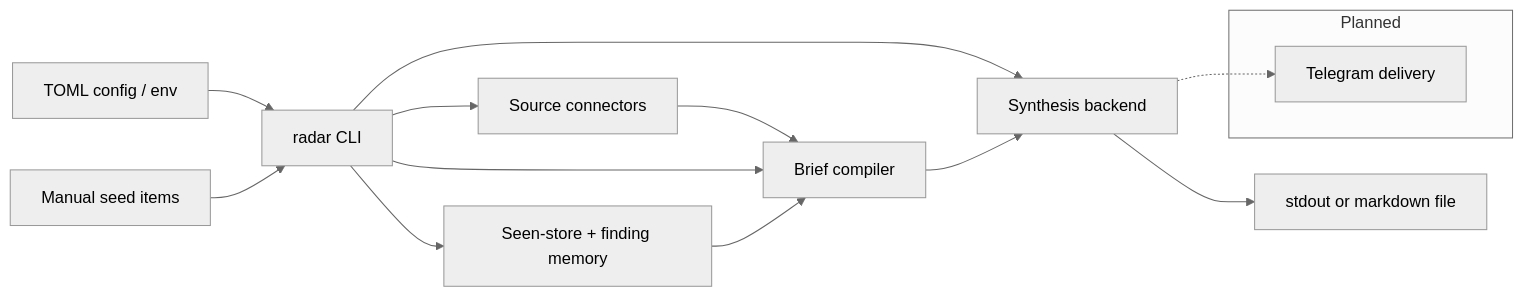
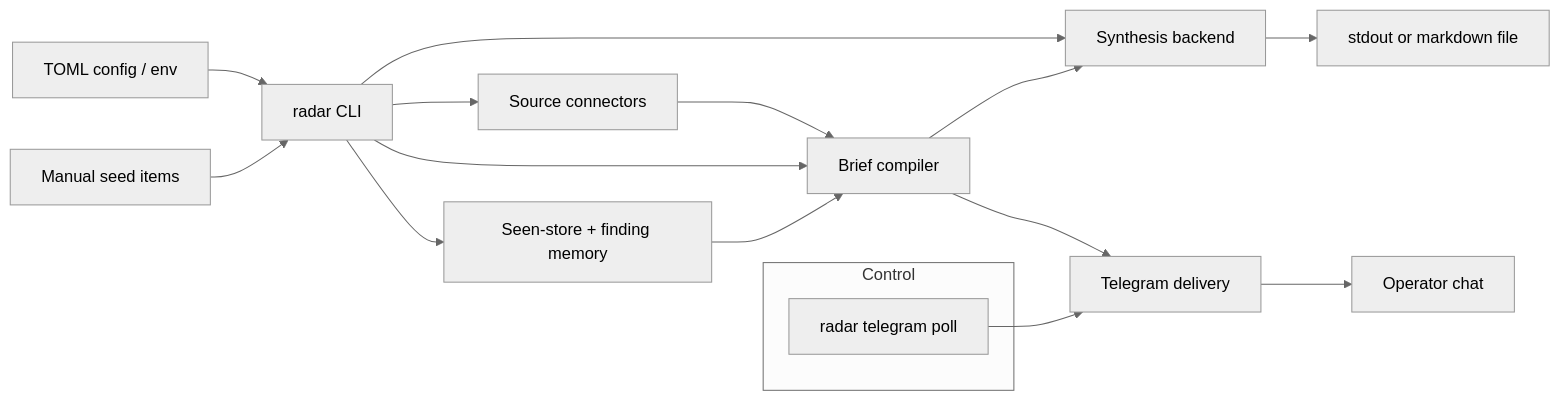
One commit to mastroke/ai-research-radar changed the diagram in README.md. Above: the diagram before and after it, drawn with Mermaid (neutral theme). The commit also changed other lines of this file and 2 other files, not shown here.

First line of the commit message:
Document Telegram delivery and control in ADR 0005

````diff
--- a/README.md
+++ b/README.md
@@ -26,19 +26,21 @@
 ```mermaid
 flowchart LR
     Config[TOML config / env] --> CLI[radar CLI]
     CLI --> Connectors[Source connectors]
     Connectors --> Briefing[Brief compiler]
     SeedItems[Manual seed items] --> CLI
     CLI --> Briefing
     CLI --> Synthesis[Synthesis backend]
     Synthesis --> Writer[stdout or markdown file]
     Briefing --> Synthesis
     CLI --> Memory[Seen-store + finding memory]
     Memory --> Briefing
+    Briefing --> Delivery[Telegram delivery]
+    Delivery --> Operator[Operator chat]
 
-    subgraph Planned
-        Telegram[Telegram delivery]
+    subgraph Control
+        TelegramPoll[radar telegram poll]
     end
 
-    Synthesis -.-> Telegram
+    TelegramPoll --> Delivery
 ```
````
